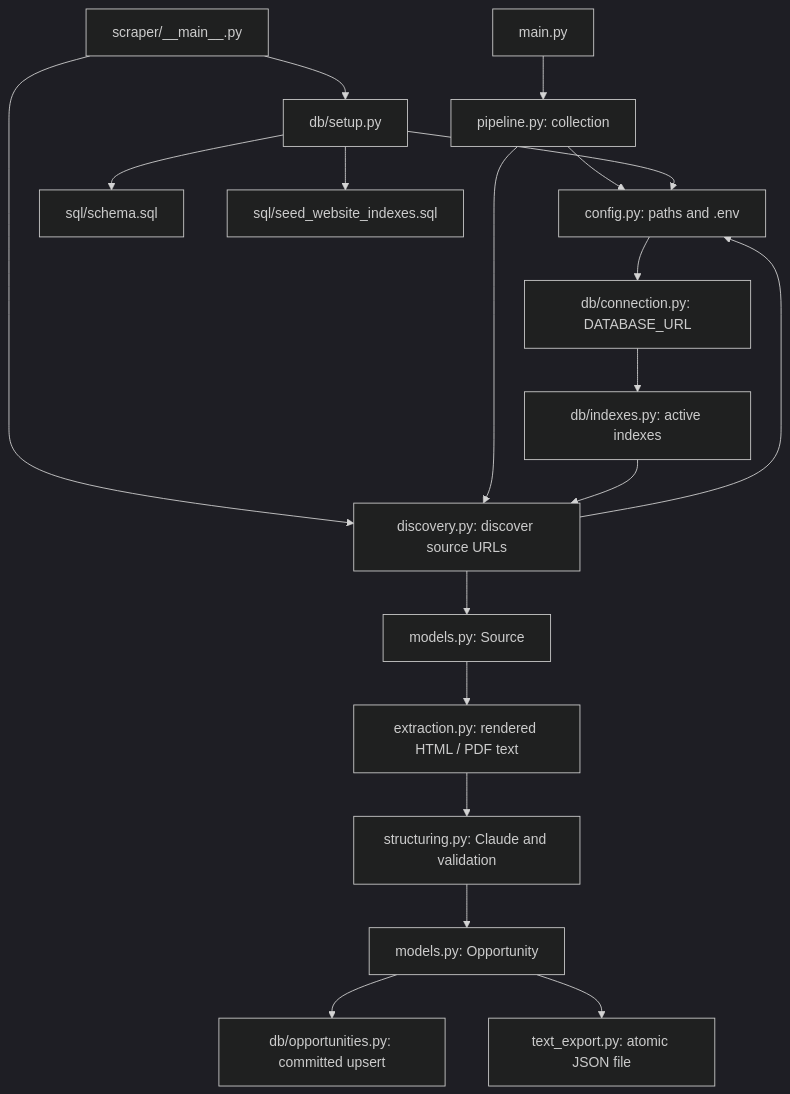
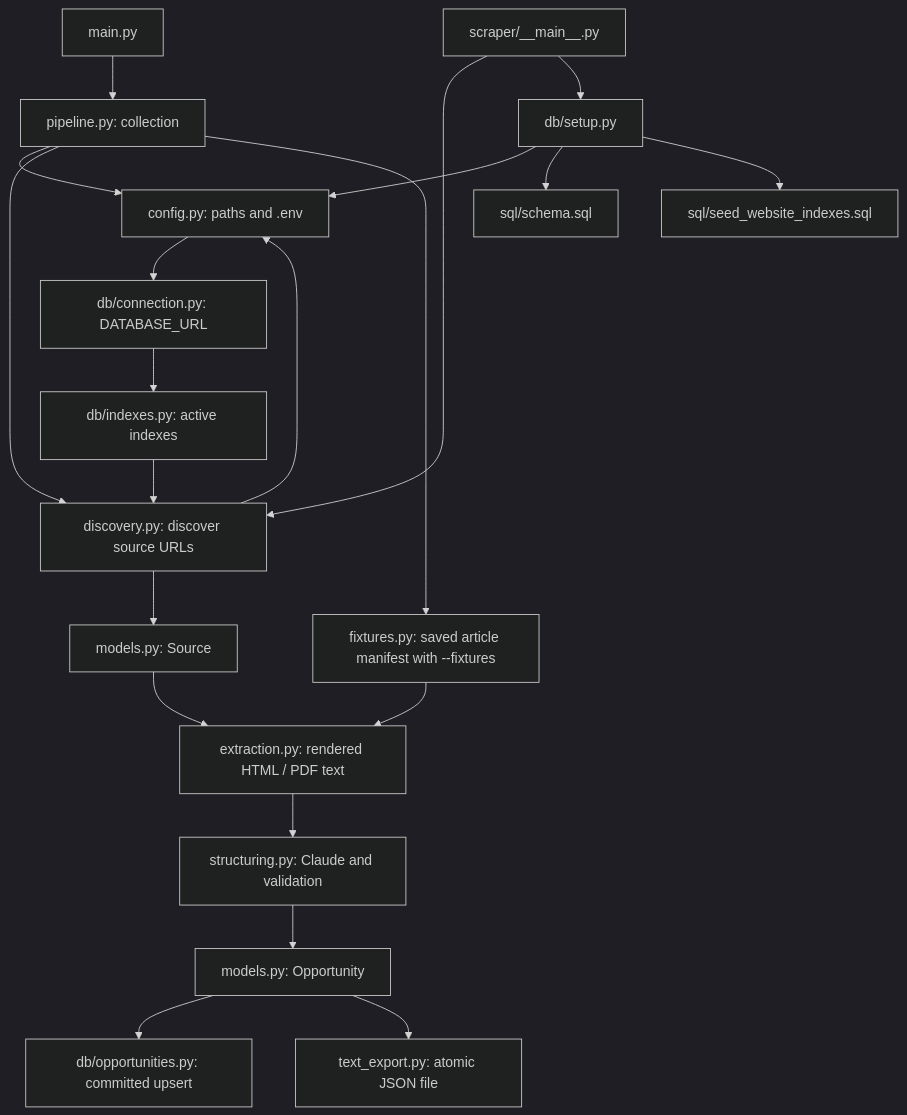
One commit to MCLWxMBI/scraper changed the diagram in README.md. Above: the diagram before and after it, drawn with Mermaid (dark theme). The commit also changed other lines of this file and 122 other files, not shown here.

````diff
--- a/README.md
+++ b/README.md
@@ -95,21 +129,23 @@
 ```mermaid
 flowchart TD
     Main["main.py"] --> Pipeline["pipeline.py: collection"]
     Commands["scraper/__main__.py"] --> Discovery["discovery.py: discover source URLs"]
     Commands --> Setup["db/setup.py"]
     Pipeline --> Config["config.py: paths and .env"]
     Discovery --> Config
     Setup --> Config
     Config --> Connection["db/connection.py: DATABASE_URL"]
     Connection --> Indexes["db/indexes.py: active indexes"]
     Pipeline --> Discovery
+    Pipeline --> Fixtures["fixtures.py: saved article manifest with --fixtures"]
+    Fixtures --> Extraction
     Indexes --> Discovery
     Discovery --> Sources["models.py: Source"]
     Sources --> Extraction["extraction.py: rendered HTML / PDF text"]
     Extraction --> Structuring["structuring.py: Claude and validation"]
     Structuring --> Opportunity["models.py: Opportunity"]
     Opportunity --> Database["db/opportunities.py: committed upsert"]
     Opportunity --> Text["text_export.py: atomic JSON file"]
     Setup --> Schema["sql/schema.sql"]
     Setup --> Seed["sql/seed_website_indexes.sql"]
 ```
````
